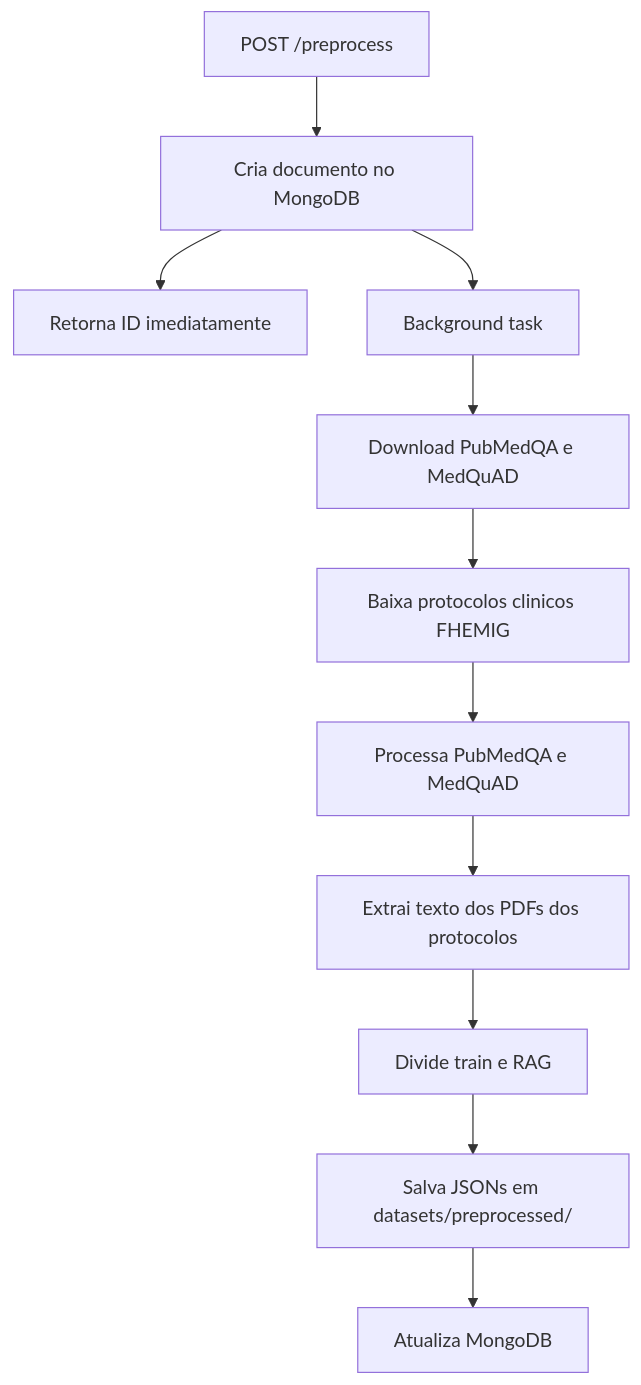
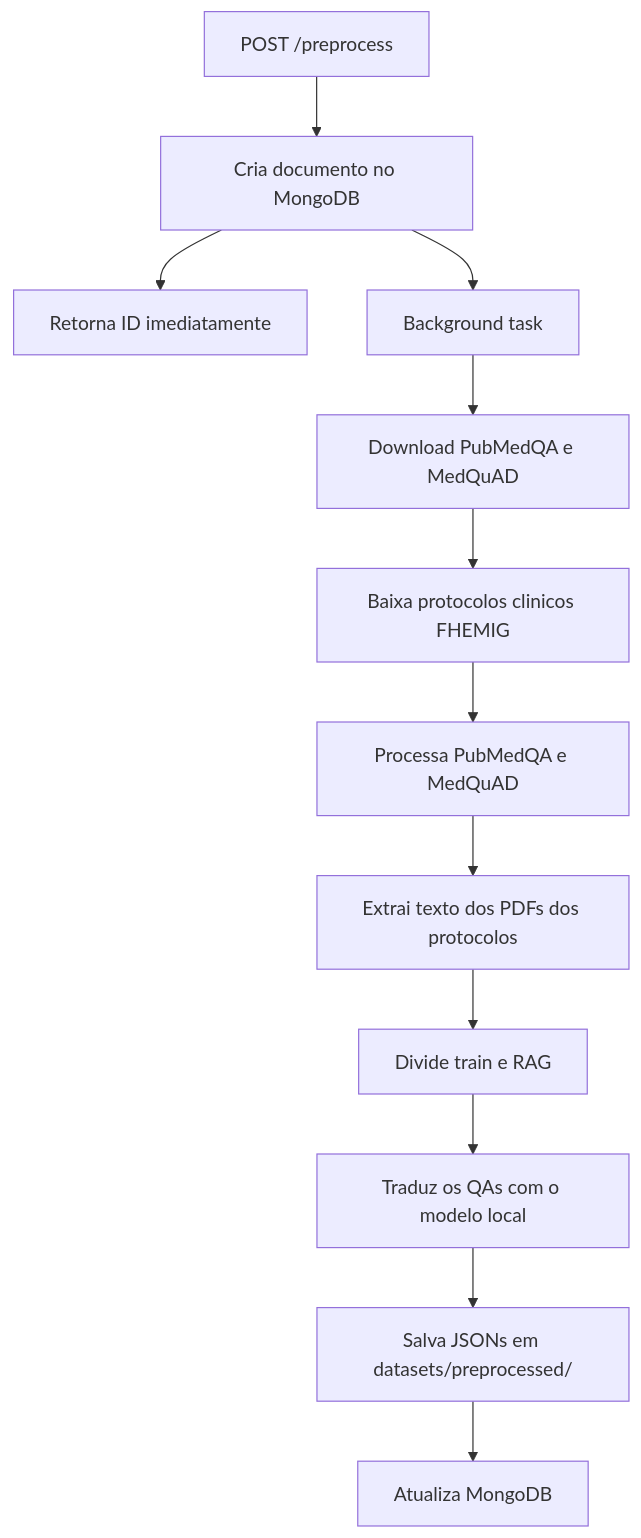
Before and after one commit to vagner-nascimento/fiap-pos-ia-para-devs-fase3-tech-challenge: the diagram in backend/README.md, drawn with Mermaid. The commit also changed other lines of this file and 1 other file, not shown here.

````diff
--- a/backend/README.md
+++ b/backend/README.md
@@ -231,13 +242,14 @@
 ```mermaid
 flowchart TD
     A[POST /preprocess] --> B[Cria documento no MongoDB]
     B --> C[Retorna ID imediatamente]
     B --> D[Background task]
     D --> E[Download PubMedQA e MedQuAD]
     E --> F[Baixa protocolos clinicos FHEMIG]
     F --> G[Processa PubMedQA e MedQuAD]
     G --> H[Extrai texto dos PDFs dos protocolos]
     H --> I[Divide train e RAG]
-    I --> J[Salva JSONs em datasets/preprocessed/]
-    J --> K[Atualiza MongoDB]
+    I --> J[Traduz os QAs com o modelo local]
+    J --> K[Salva JSONs em datasets/preprocessed/]
+    K --> L[Atualiza MongoDB]
 ```
````
